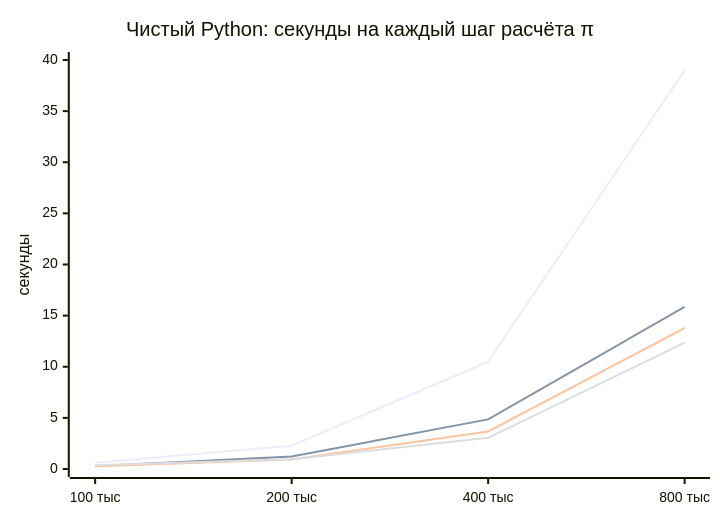
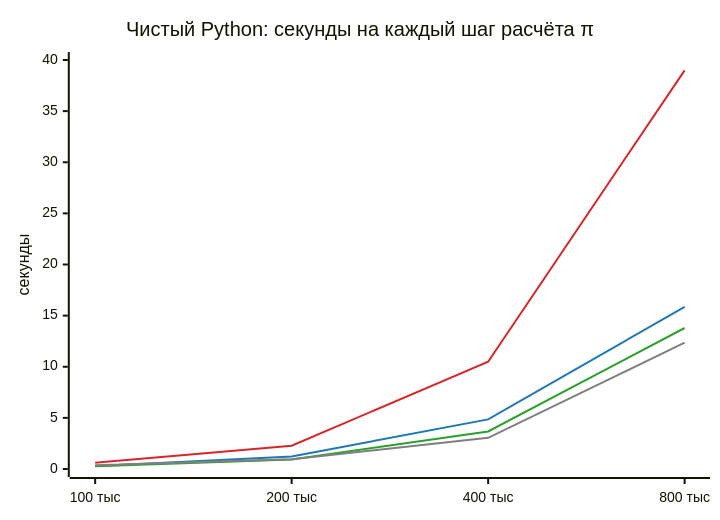
The fifth of 6 diagrams in article-2026.ru.md (favorart/pi-birthday), drawn with Mermaid before and after one commit. The commit also changed other lines of this file and 10 other files, not shown here.

````diff
--- a/article-2026.ru.md
+++ b/article-2026.ru.md
@@ -153,10 +161,16 @@
 ```mermaid
+---
+config:
+  themeVariables:
+    xyChart:
+      plotColorPalette: "#d62728, #1f77b4, #2ca02c, #7f7f7f"
+---
 xychart-beta
     title "Чистый Python: секунды на каждый шаг расчёта π"
     x-axis ["100 тыс", "200 тыс", "400 тыс", "800 тыс"]
     y-axis "секунды" 0 --> 40
     line [0.61, 2.28, 10.49, 38.99]
     line [0.29, 1.22, 4.85, 15.86]
     line [0.26, 0.93, 3.67, 13.79]
     line [0.36, 0.95, 3.05, 12.35]
 ```
````
